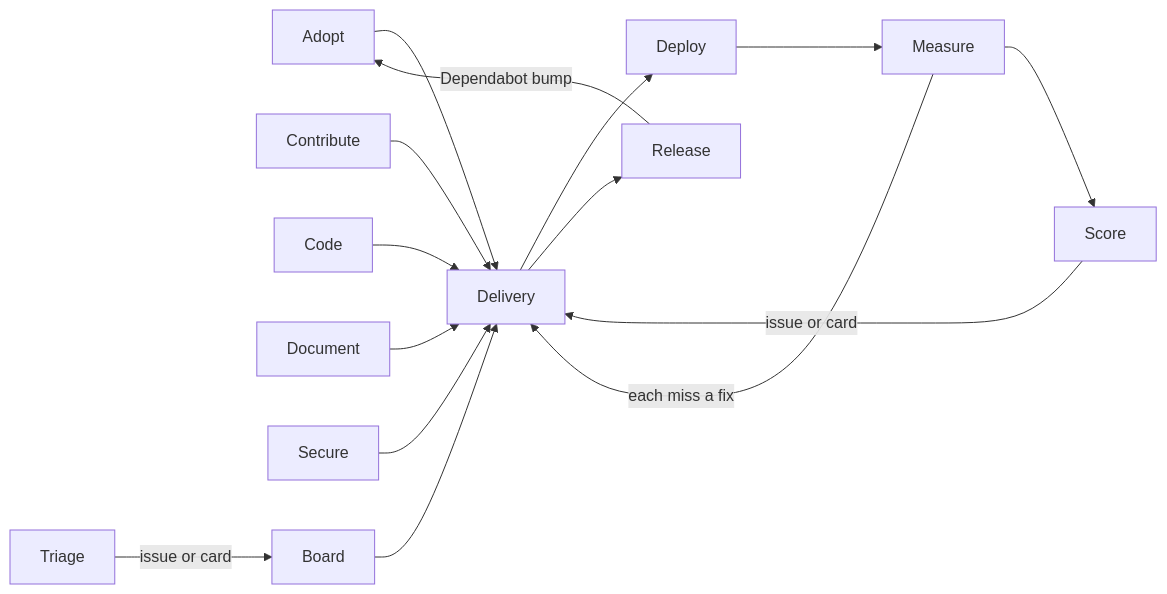
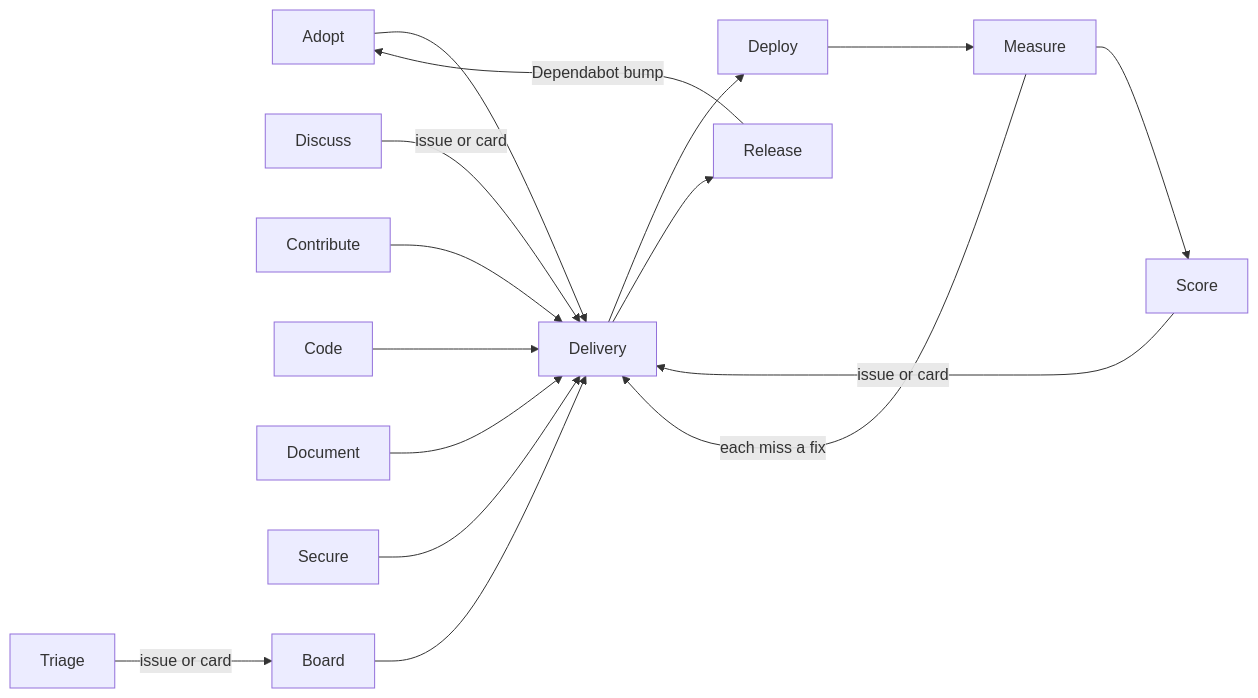
The diagram in README.md (SoulCraft-Org/git-crafter), drawn with Mermaid before and after one commit. The commit also changed 5 other files, not shown here.

First line of the commit message:
Library map Discuss: from a question or idea to a closed issue or card (#293)

````diff
--- a/README.md
+++ b/README.md
@@ -38,12 +38,13 @@
 ```mermaid
 flowchart LR
   AD[Adopt] --> DL[Delivery] --> DP[Deploy] --> ME[Measure]
   DL --> RE[Release] -->|Dependabot bump| AD
   ME --> SC[Score] -->|issue or card| DL
+  DI[Discuss] -->|issue or card| DL
   CT[Contribute] --> DL
   CO[Code] --> DL
   DO[Document] --> DL
   SE[Secure] --> DL
   TR[Triage] -->|issue or card| BO[Board] --> DL
   ME -->|each miss a fix| DL
 ```
````
